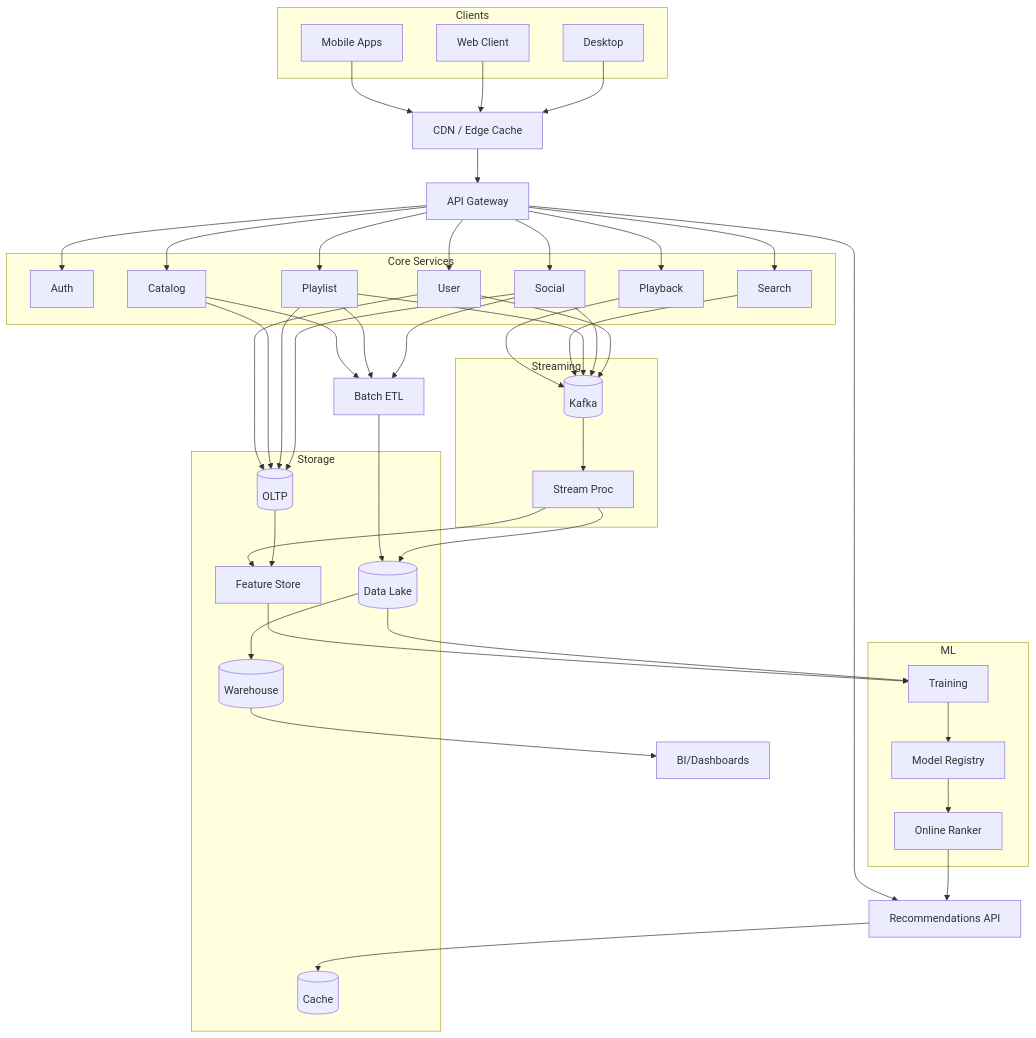
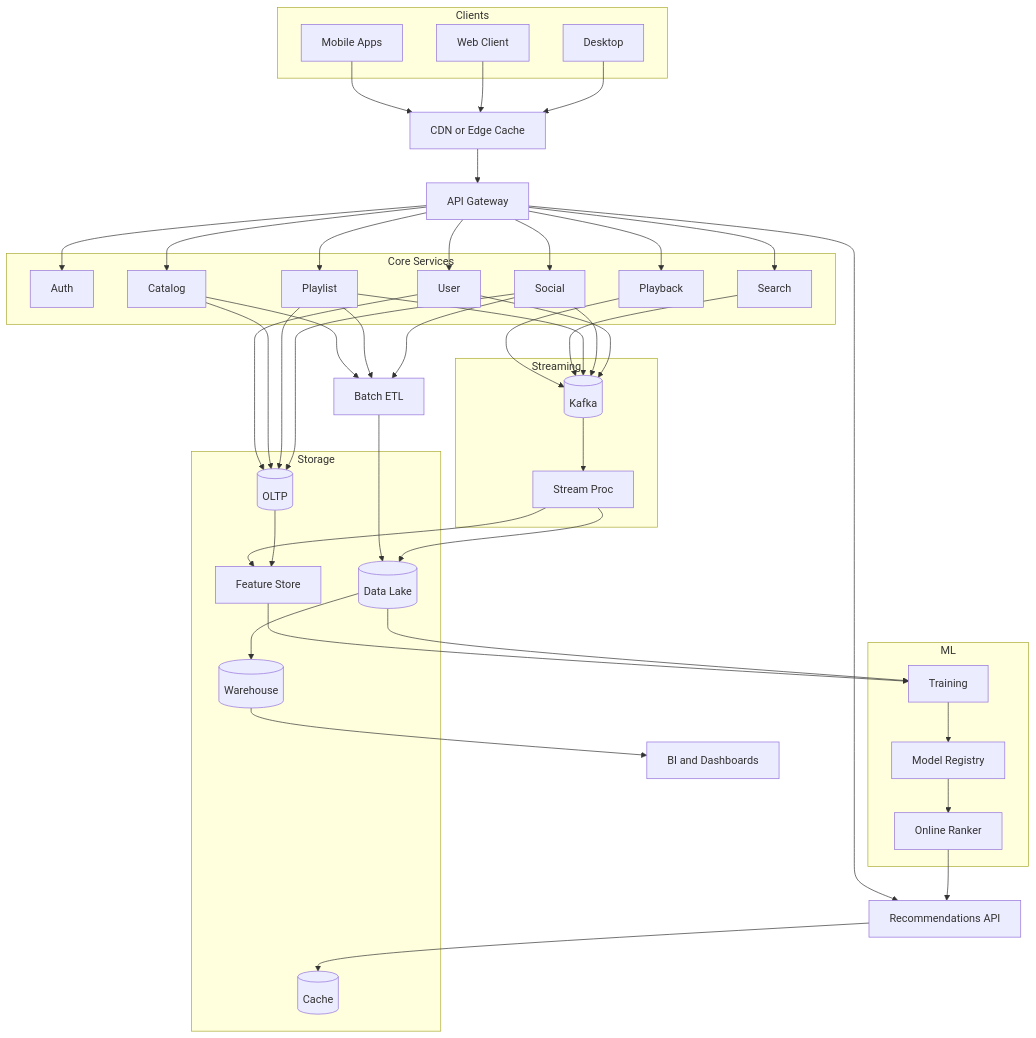
The second of 3 diagrams in docs/Architecture.md (ivl-3000/mood-spotify-ml), drawn with Mermaid before and after one commit. The commit also changed other lines of this file and 1 other file, not shown here.

Commit message:
docs(mermaid): use <br/> and hyphens for GitHub compatibility

````diff
--- a/docs/Architecture.md
+++ b/docs/Architecture.md
@@ -40,57 +40,71 @@
 ```mermaid
-%%{init: {'theme': 'default'}}%%
-%% This is a compact inlined view; the full file lives at docs/diagrams/spotify_system.mmd
 flowchart TB
   subgraph Clients
     U1[Mobile Apps]
     U2[Web Client]
     U3[Desktop]
   end
-  CDN[CDN / Edge Cache]
+  CDN[CDN or Edge Cache]
   API[API Gateway]
   U1 --> CDN
   U2 --> CDN
   U3 --> CDN
   CDN --> API
   subgraph Core Services
     AUTH[Auth]
     USER[User]
     CATALOG[Catalog]
     PLAY[Playback]
     SEARCH[Search]
     PLAYLIST[Playlist]
     SOCIAL[Social]
   end
-  API --> AUTH & USER & CATALOG & PLAY & SEARCH & PLAYLIST & SOCIAL
+  API --> AUTH
+  API --> USER
+  API --> CATALOG
+  API --> PLAY
+  API --> SEARCH
+  API --> PLAYLIST
+  API --> SOCIAL
   RECO_API[Recommendations API]
   API --> RECO_API
   subgraph Streaming
     K[(Kafka)]
     SPROC[Stream Proc]
   end
-  PLAY & SEARCH & PLAYLIST & SOCIAL & USER --> K
+  PLAY --> K
+  SEARCH --> K
+  PLAYLIST --> K
+  SOCIAL --> K
+  USER --> K
   subgraph Storage
     OLTP[(OLTP)]
     CACHE[(Cache)]
     FEATS[Feature Store]
     OLAP[(Data Lake)]
     WH[(Warehouse)]
   end
-  USER & CATALOG & PLAYLIST & SOCIAL --> OLTP
+  USER --> OLTP
+  CATALOG --> OLTP
+  PLAYLIST --> OLTP
+  SOCIAL --> OLTP
   RECO_API --> CACHE
   subgraph ML
     TRAIN[Training]
     REG[Model Registry]
     RANK[Online Ranker]
   end
   K --> SPROC --> FEATS
   OLTP --> FEATS
   FEATS --> TRAIN
   OLAP --> TRAIN
   TRAIN --> REG --> RANK --> RECO_API
   ING[Batch ETL]
-  CATALOG & PLAYLIST & SOCIAL --> ING --> OLAP
+  CATALOG --> ING
+  PLAYLIST --> ING
+  SOCIAL --> ING
+  ING --> OLAP
   SPROC --> OLAP
-  BI[BI/Dashboards]
+  BI[BI and Dashboards]
   OLAP --> WH --> BI
 ```
````
